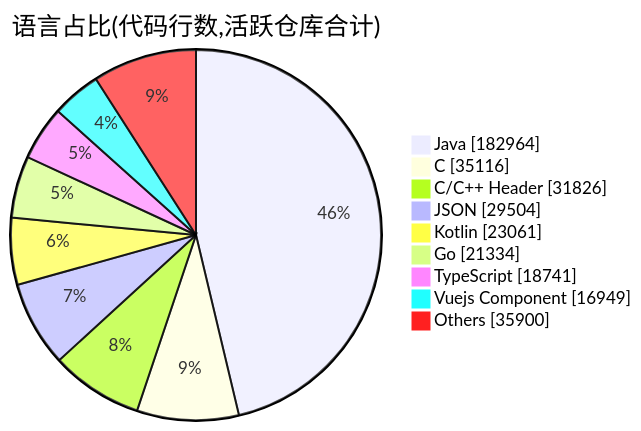
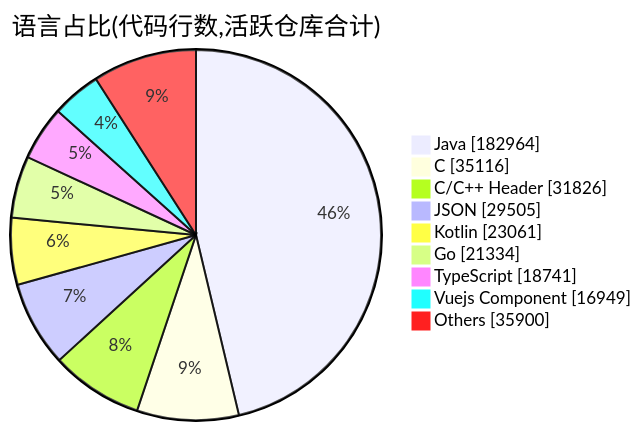
One commit to Conflux-Union/.github changed the second of 2 diagrams in profile/README.md. Above: the diagram before and after it, drawn with Mermaid. The commit also changed other lines of this file and 1 other file, not shown here.

````diff
--- a/profile/README.md
+++ b/profile/README.md
@@ -81,13 +81,13 @@
 ```mermaid
 pie showData
     title 语言占比(代码行数,活跃仓库合计)
     "Java" : 182964
     "C" : 35116
     "C/C++ Header" : 31826
-    "JSON" : 29504
+    "JSON" : 29505
     "Kotlin" : 23061
     "Go" : 21334
     "TypeScript" : 18741
     "Vuejs Component" : 16949
     "Others" : 35900
 ```
````
